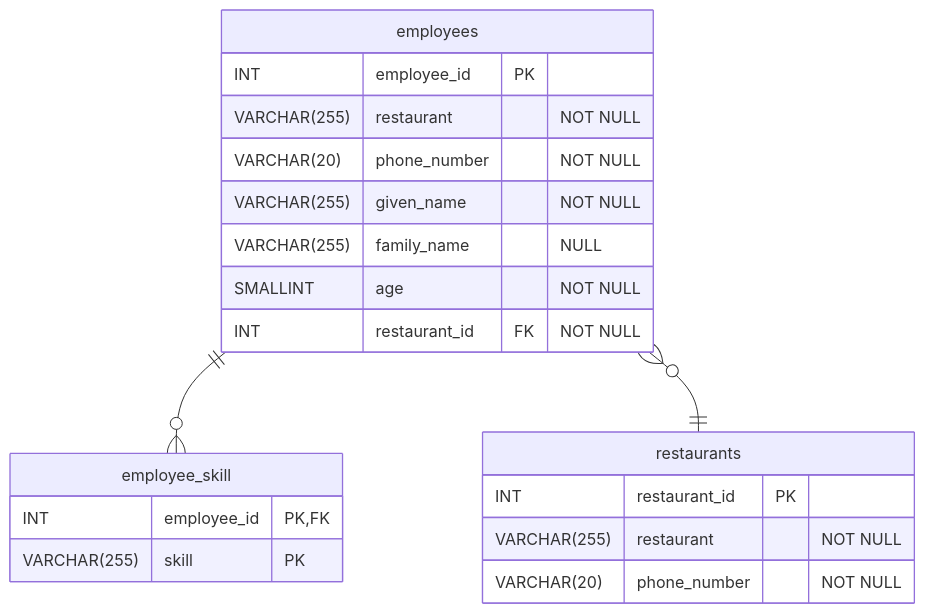
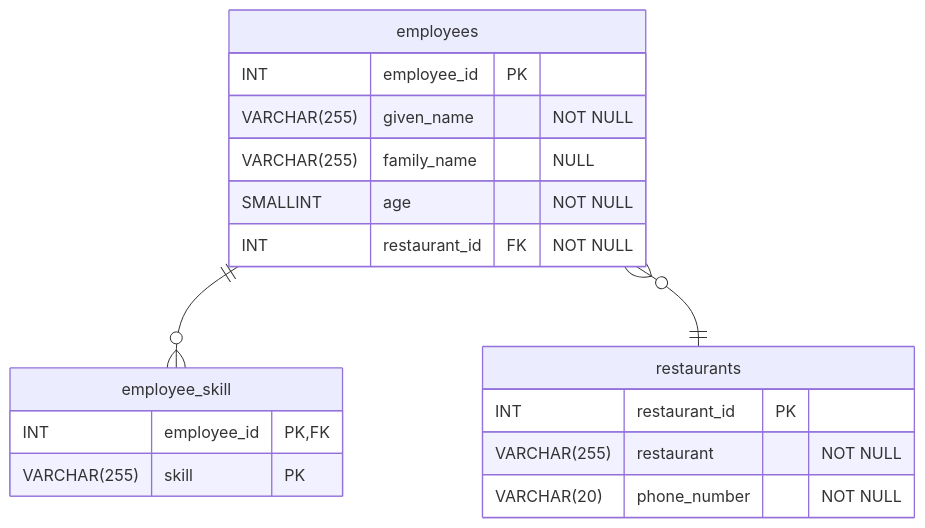
The fourth of 4 diagrams in module_5_normalisation/5.1_normalisation/5.1.2_notes_normalising_the-happy_pizza_database.md (mmantle-hud/githubpages), drawn with Mermaid before and after one commit. The commit also changed other lines of this file and 8 other files, not shown here.

````diff
--- a/module_5_normalisation/5.1_normalisation/5.1.2_notes_normalising_the-happy_pizza_database.md
+++ b/module_5_normalisation/5.1_normalisation/5.1.2_notes_normalising_the-happy_pizza_database.md
@@ -125,24 +138,23 @@
-```mermaid
+<pre class="mermaid">
 erDiagram
+    accTitle: Physical model for the Happy Pizza Company.
+    accDescr: Physical model for the Happy Pizza Company.
     employees ||--o{ employee_skill : ""
     employees }o--|| restaurants : ""
     employees {
         INT employee_id PK
-        VARCHAR(255) restaurant "NOT NULL"
-        VARCHAR(20) phone_number "NOT NULL"
         VARCHAR(255) given_name "NOT NULL"
         VARCHAR(255) family_name "NULL"
         SMALLINT age "NOT NULL"
         INT restaurant_id FK "NOT NULL"
     }
     restaurants {
         INT restaurant_id PK
         VARCHAR(255) restaurant "NOT NULL"
         VARCHAR(20) phone_number "NOT NULL"
     }
     employee_skill{
         INT employee_id PK, FK
         VARCHAR(255) skill PK
     }
-
-```
+</pre>
````
